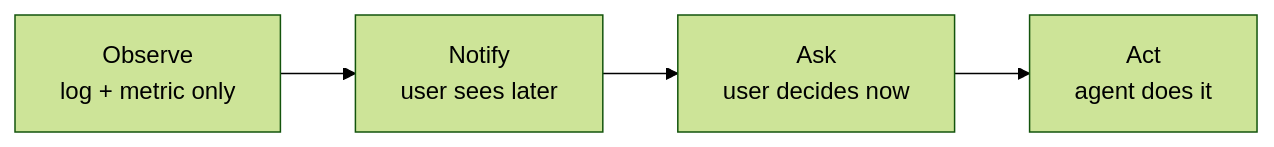
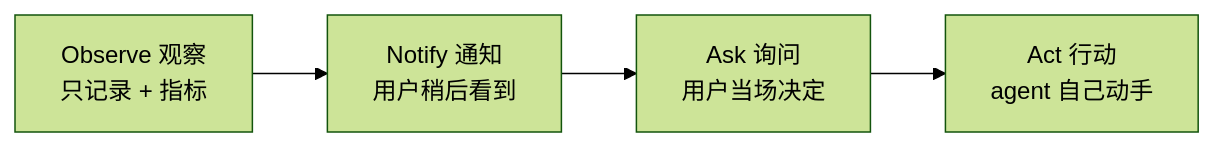
One commit to ocxers/agentic-ai-system-course-zh changed the second of 2 diagrams in course-zh/20-proactive-agents.md. Above: the diagram before and after it, drawn with Mermaid (forest theme). The commit also changed other lines of this file and 14 other files, not shown here.

````diff
--- a/course-zh/20-proactive-agents.md
+++ b/course-zh/20-proactive-agents.md
@@ -182,6 +182,6 @@
 ```mermaid
 flowchart LR
-    Obs["Observe<br/>log + metric only"] --> Notify["Notify<br/>user sees later"]
-    Notify --> Ask["Ask<br/>user decides now"]
-    Ask --> Act["Act<br/>agent does it"]
+    Obs["Observe 观察<br/>只记录 + 指标"] --> Notify["Notify 通知<br/>用户稍后看到"]
+    Notify --> Ask["Ask 询问<br/>用户当场决定"]
+    Ask --> Act["Act 行动<br/>agent 自己动手"]
 ```
````
